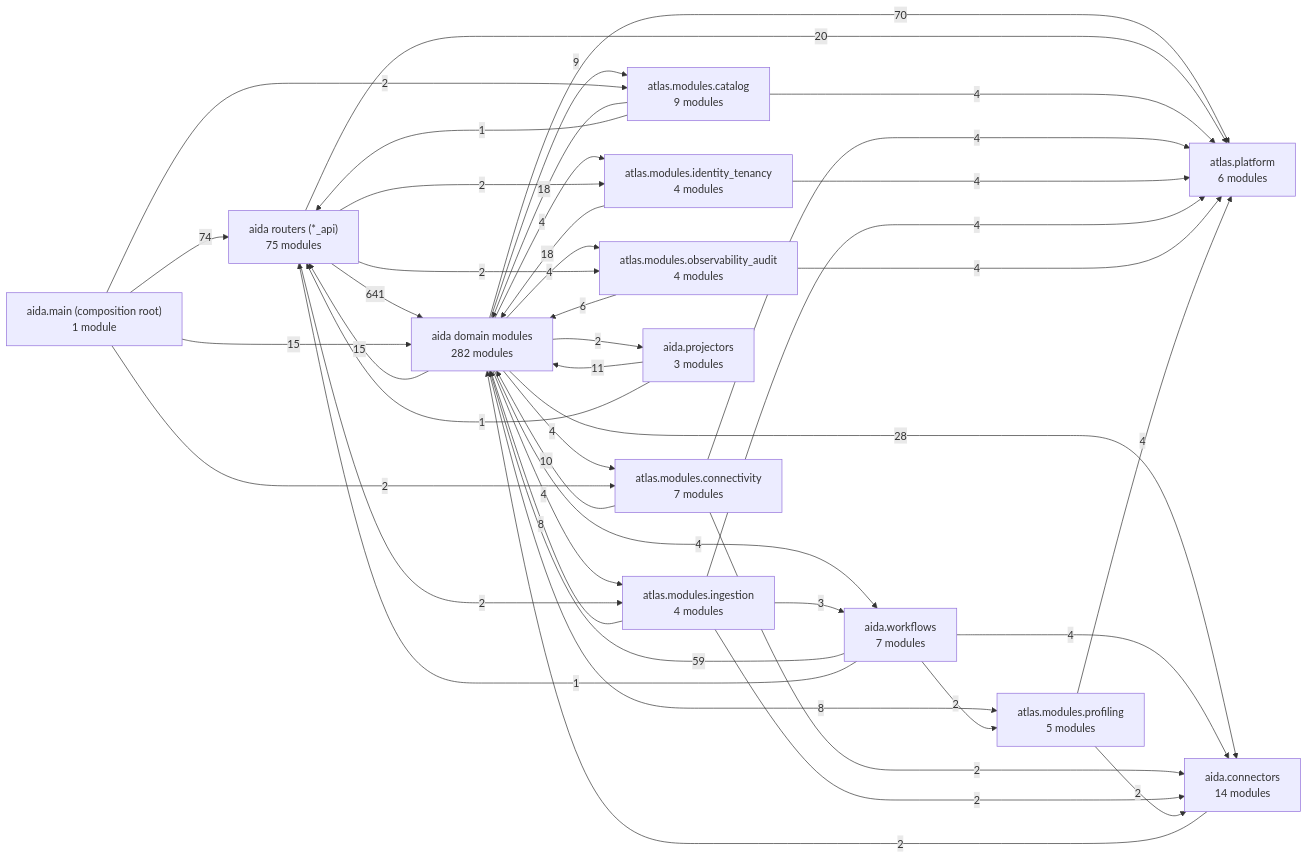
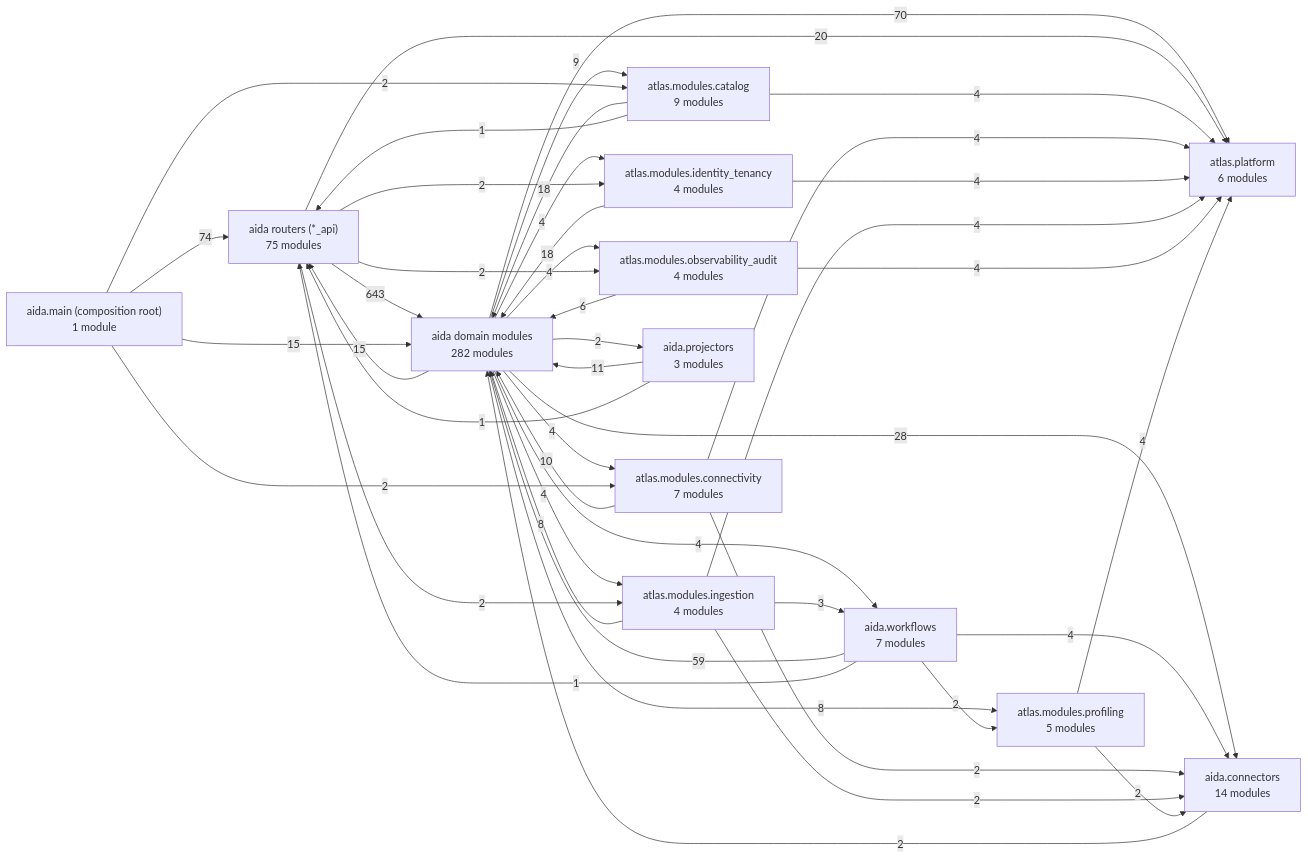
Before and after one commit to karuppusamym/AIDataAnalyst: the first of 3 diagrams in Docs/10-architecture/14-generated-architecture-map.md, drawn with Mermaid. The commit also changed other lines of this file and 8 other files, not shown here.

````diff
--- a/Docs/10-architecture/14-generated-architecture-map.md
+++ b/Docs/10-architecture/14-generated-architecture-map.md
@@ -48,59 +48,59 @@
 ```mermaid
 graph LR
   app["aida.main (composition root)<br/>1 module"]
   routers["aida routers (*_api)<br/>75 modules"]
   domain["aida domain modules<br/>282 modules"]
   ctx_catalog["atlas.modules.catalog<br/>9 modules"]
   ctx_connectivity["atlas.modules.connectivity<br/>7 modules"]
   ctx_identity_tenancy["atlas.modules.identity_tenancy<br/>4 modules"]
   ctx_ingestion["atlas.modules.ingestion<br/>4 modules"]
   ctx_observability_audit["atlas.modules.observability_audit<br/>4 modules"]
   ctx_profiling["atlas.modules.profiling<br/>5 modules"]
   connectors["aida.connectors<br/>14 modules"]
   workflows["aida.workflows<br/>7 modules"]
   projectors["aida.projectors<br/>3 modules"]
   platform["atlas.platform<br/>6 modules"]
-  routers -->|641| domain
+  routers -->|643| domain
   app -->|74| routers
   domain -->|70| platform
   workflows -->|59| domain
   domain -->|28| connectors
   routers -->|20| platform
   ctx_catalog -->|18| domain
   ctx_identity_tenancy -->|18| domain
   app -->|15| domain
   domain -->|15| routers
   projectors -->|11| domain
   ctx_connectivity -->|10| domain
   domain -->|9| ctx_catalog
   ctx_ingestion -->|8| domain
   domain -->|8| ctx_profiling
   ctx_observability_audit -->|6| domain
   ctx_catalog -->|4| platform
   ctx_connectivity -->|4| platform
   ctx_identity_tenancy -->|4| platform
   ctx_ingestion -->|4| platform
   ctx_observability_audit -->|4| platform
   ctx_profiling -->|4| platform
   domain -->|4| ctx_connectivity
   domain -->|4| ctx_identity_tenancy
   domain -->|4| ctx_ingestion
   domain -->|4| ctx_observability_audit
   domain -->|4| workflows
   workflows -->|4| connectors
   ctx_ingestion -->|3| workflows
   app -->|2| ctx_catalog
   app -->|2| ctx_connectivity
   connectors -->|2| domain
   ctx_connectivity -->|2| connectors
   ctx_ingestion -->|2| connectors
   ctx_profiling -->|2| connectors
   domain -->|2| projectors
   routers -->|2| ctx_identity_tenancy
   routers -->|2| ctx_ingestion
   routers -->|2| ctx_observability_audit
   workflows -->|2| ctx_profiling
   ctx_catalog -->|1| routers
   projectors -->|1| routers
   workflows -->|1| routers
 ```
````
